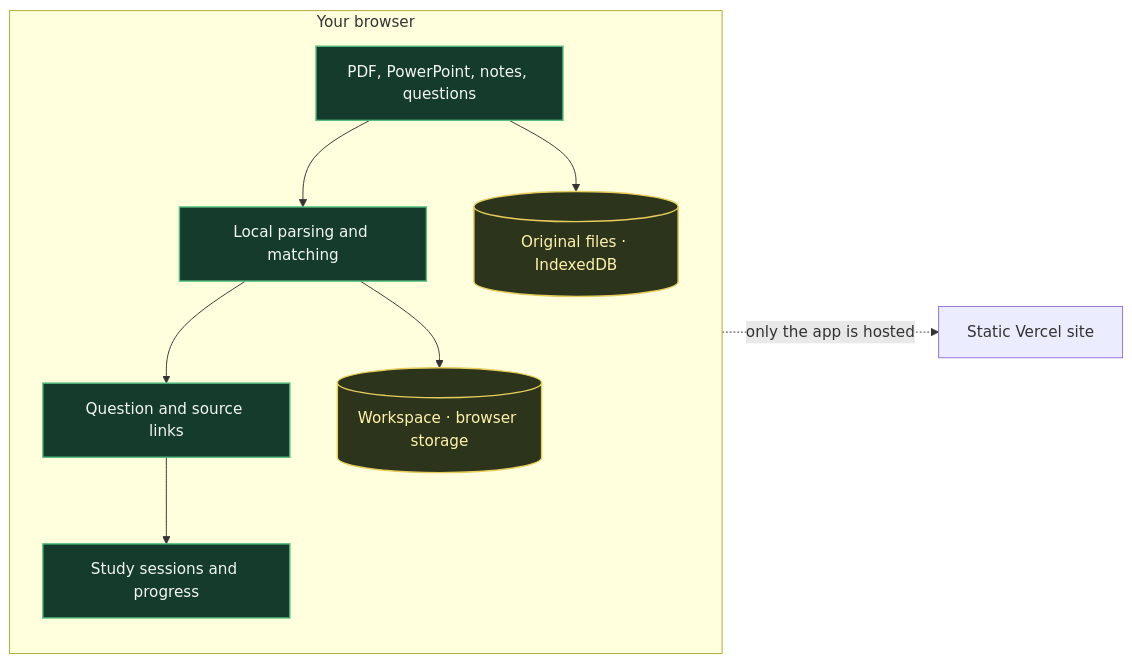
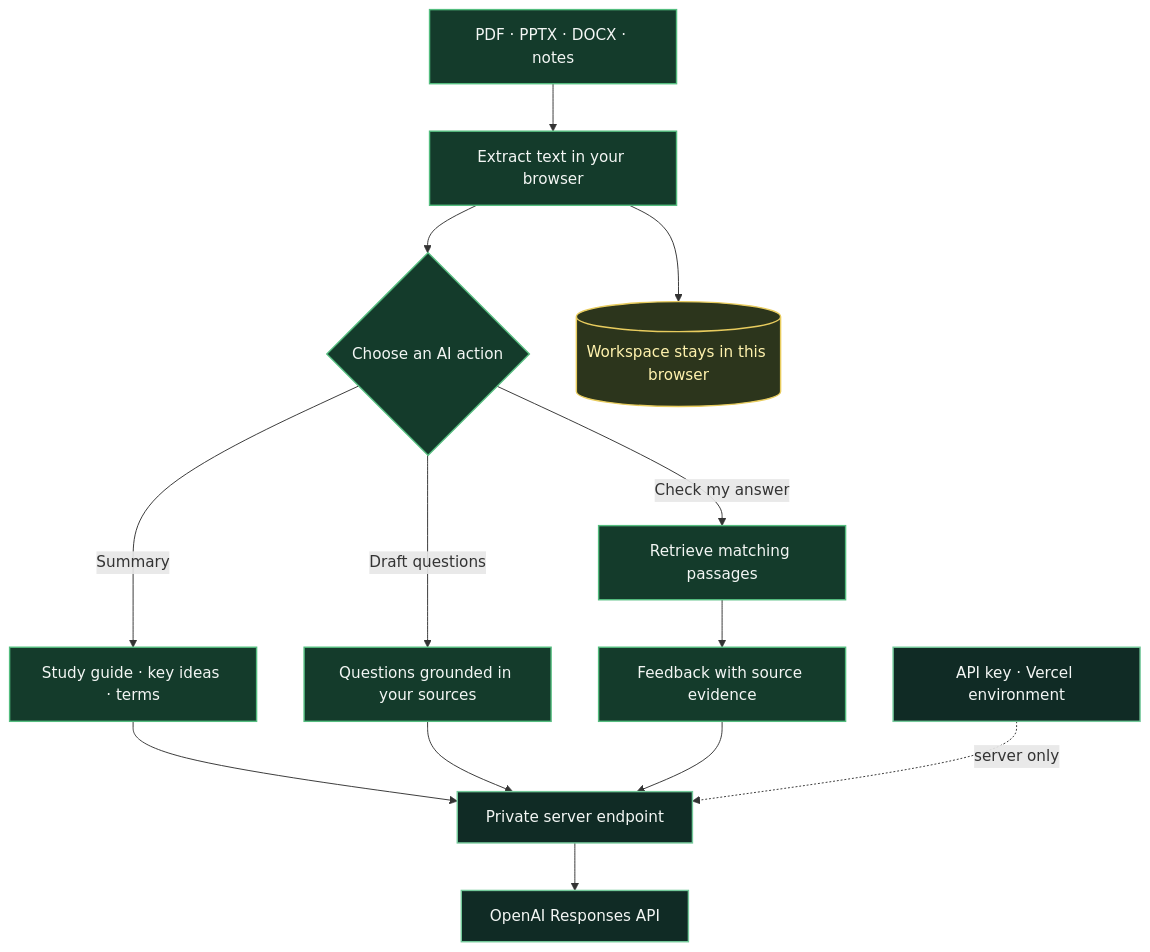
Before and after one commit to jaexmachine/recall-loop: the second of 2 diagrams in README.md, drawn with Mermaid. The commit also changed other lines of this file and 8 other files, not shown here.

Commit message:
feat: add grounded AI study tools

````diff
--- a/README.md
+++ b/README.md
@@ -51,15 +51,21 @@
 ```mermaid
-flowchart LR
-    subgraph Device[Your browser]
-        A[PDF, PowerPoint, notes, questions] --> B[Local parsing and matching]
-        B --> C[Question and source links]
-        C --> D[Study sessions and progress]
-        A --> E[(Original files · IndexedDB)]
-        B --> F[(Workspace · browser storage)]
-    end
-    Device -. only the app is hosted .-> Host[Static Vercel site]
+flowchart TD
+    A[PDF · PPTX · DOCX · notes] --> B[Extract text in your browser]
+    B --> C{Choose an AI action}
+    C -->|Summary| D[Study guide · key ideas · terms]
+    C -->|Draft questions| E[Questions grounded in your sources]
+    C -->|Check my answer| F[Retrieve matching passages]
+    F --> G[Feedback with source evidence]
+    D --> H[Private server endpoint]
+    E --> H
+    G --> H
+    H --> I[OpenAI Responses API]
+    J[API key · Vercel environment] -. server only .-> H
+    B --> K[(Workspace stays in this browser)]
     classDef local fill:#143b2b,stroke:#54bd7f,color:#f3f6f4,stroke-width:1.5px
+    classDef server fill:#102b25,stroke:#73c99a,color:#f3f6f4,stroke-width:1.5px
     classDef storage fill:#2c351c,stroke:#e8cc5e,color:#fff2ad,stroke-width:1.5px
-    class A,B,C,D local
-    class E,F storage
+    class A,B,C,D,E,F,G local
+    class H,I,J server
+    class K storage
 ```
````
